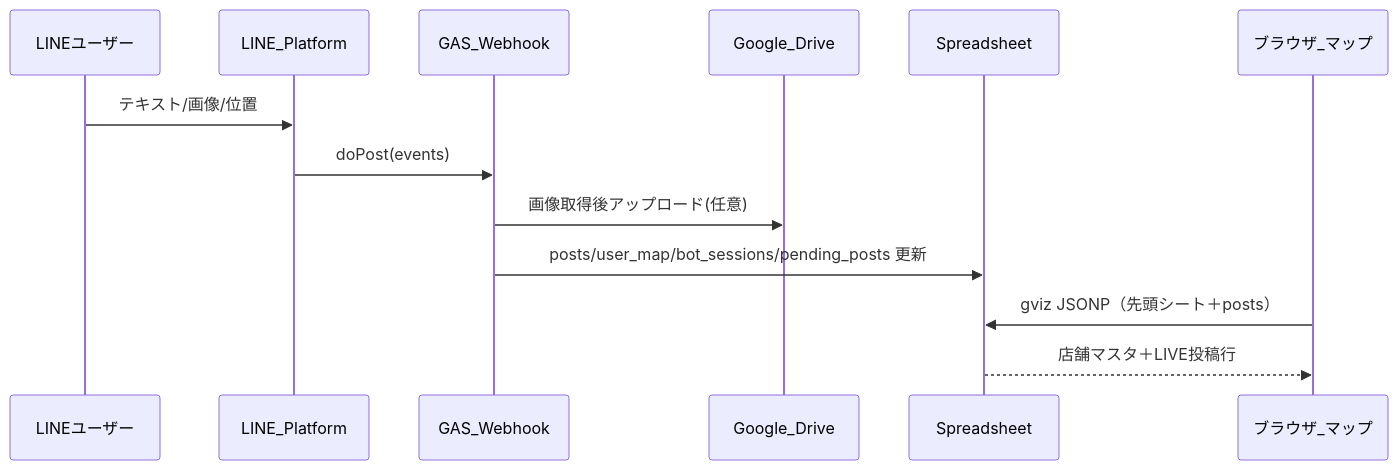
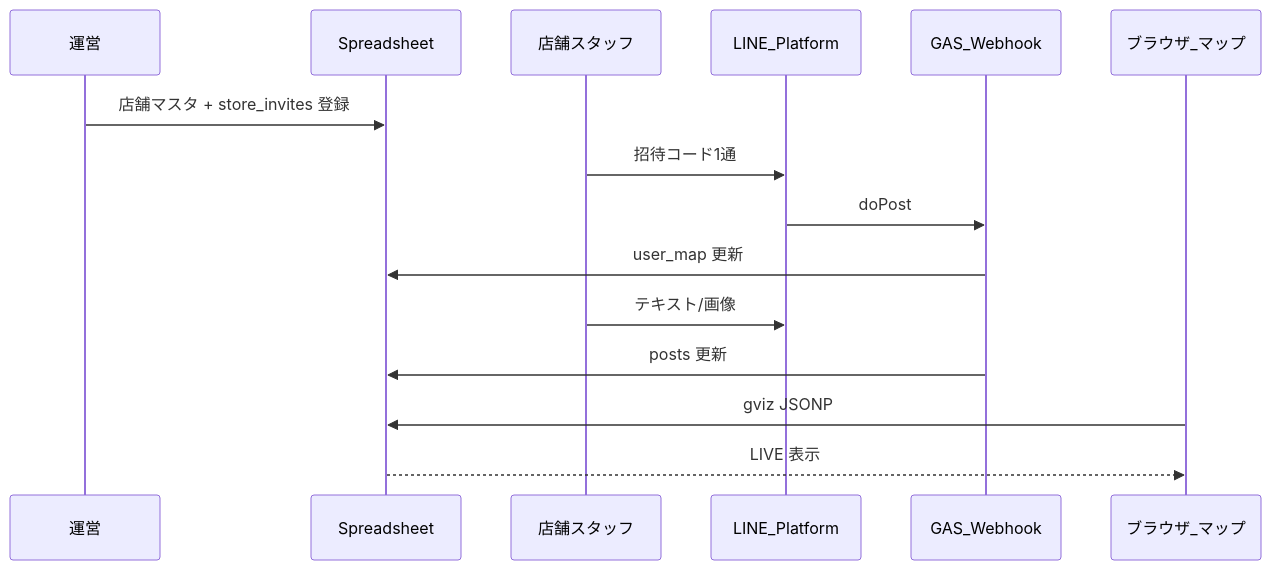
The diagram in web/LINE_INTEGRATION.md (Stand-koike/sotoura-map), drawn with Mermaid before and after one commit. The commit also changed other lines of this file and 16 other files, not shown here.

First line of the commit message:
feat: イラスト地図の WebP 化と LINE 招待コード連携を追加

````diff
--- a/web/LINE_INTEGRATION.md
+++ b/web/LINE_INTEGRATION.md
@@ -17,16 +17,18 @@
 ```mermaid
 sequenceDiagram
-  participant U as LINEユーザー
+  participant Ops as 運営
+  participant SS as Spreadsheet
+  participant U as 店舗スタッフ
   participant L as LINE_Platform
   participant G as GAS_Webhook
-  participant D as Google_Drive
-  participant S as Spreadsheet
   participant B as ブラウザ_マップ
 
-  U->>L: テキスト/画像/位置
-  L->>G: doPost(events)
-  G->>D: 画像取得後アップロード(任意)
-  G->>S: posts/user_map/bot_sessions/pending_posts 更新
-  B->>S: gviz JSONP（先頭シート＋posts）
-  S-->>B: 店舗マスタ＋LIVE投稿行
+  Ops->>SS: 店舗マスタ + store_invites 登録
+  U->>L: 招待コード1通
+  L->>G: doPost
+  G->>SS: user_map 更新
+  U->>L: テキスト/画像
+  G->>SS: posts 更新
+  B->>SS: gviz JSONP
+  SS-->>B: LIVE 表示
 ```
````
